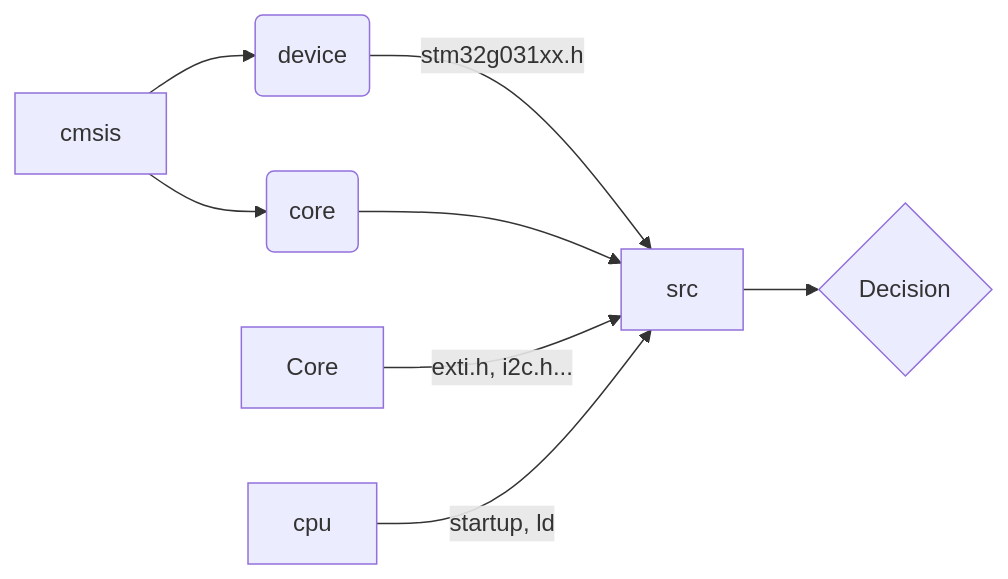
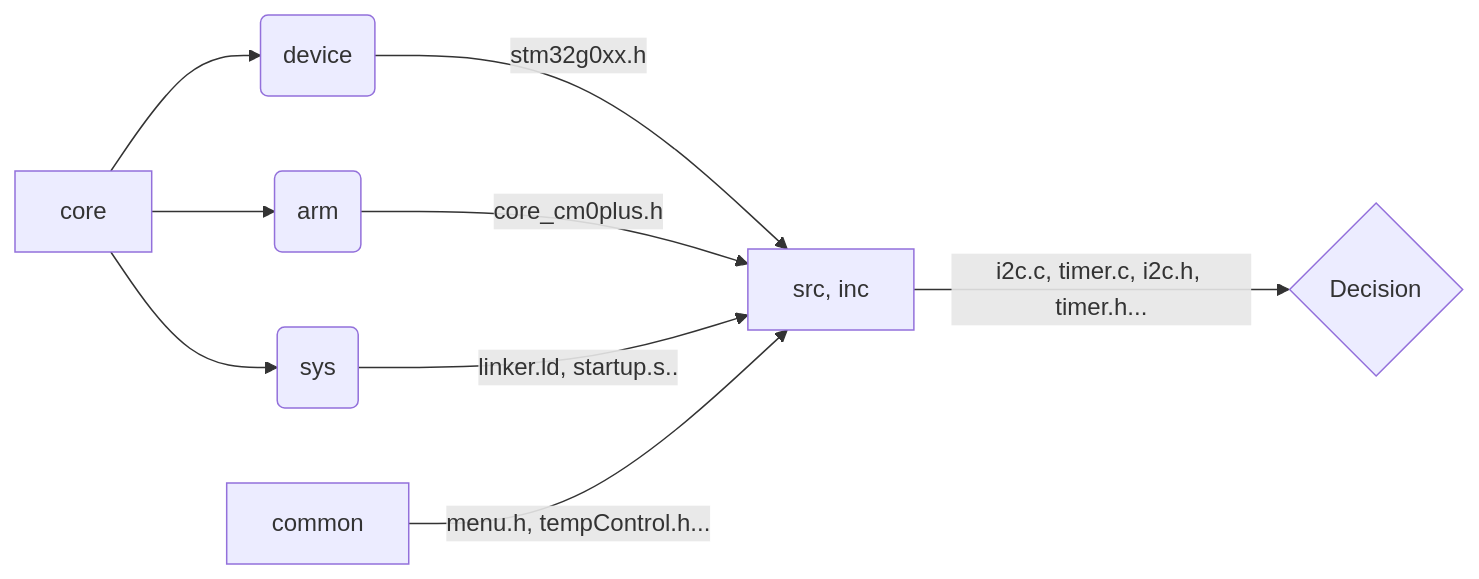
The diagram in README.md (yaaaniks/Soldering-table), drawn with Mermaid before and after one commit. The commit also changed other lines of this file, not shown here.

````diff
--- a/README.md
+++ b/README.md
@@ -7,8 +7,8 @@
 ```mermaid
 flowchart LR
-A[cmsis] --> B(device) -->|stm32g031xx.h| E[src]
-A[cmsis] --> C(core) --> E[src]
-F[Core] -->|exti.h, i2c.h...| E[src]
-G[cpu] -->|startup, ld| E[src]
-E[src] -->  D{Decision}
+A[core] --> B(device) -->|stm32g0xx.h| H[src, inc]
+A[core] --> C(arm) -->|core_cm0plus.h| H[src, inc]
+A[core] --> E(sys) -->|linker.ld, startup.s..| H[src, inc] 
+F[common] --> |menu.h, tempControl.h...| H[src, inc]
+H[src, inc] -->|i2c.c, timer.c, i2c.h, timer.h...| D{Decision}
 ```
````
